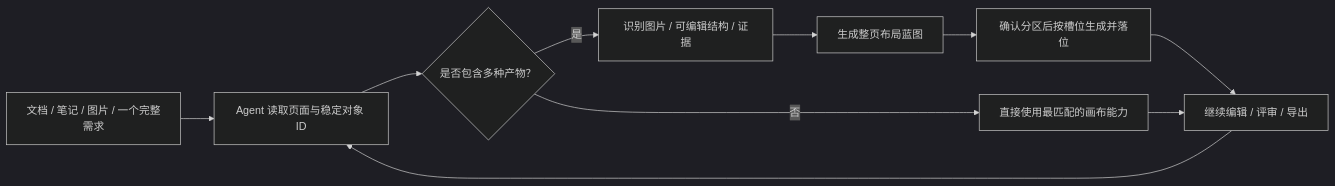
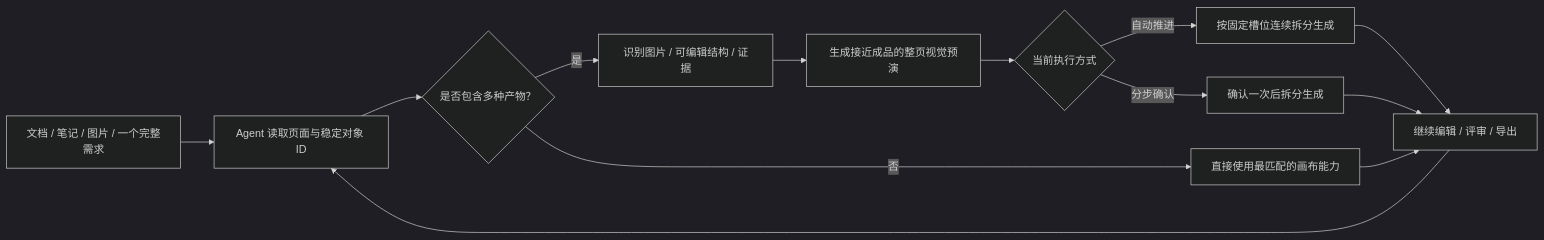
The first of 2 diagrams in README.md (suud003/Cowart), drawn with Mermaid (dark theme) before and after one commit. The commit also changed other lines of this file and 34 other files, not shown here.

````diff
--- a/README.md
+++ b/README.md
@@ -42,12 +42,15 @@
 ```mermaid
 flowchart LR
   A["文档 / 笔记 / 图片 / 一个完整需求"] --> B["Agent 读取页面与稳定对象 ID"]
   B --> C{"是否包含多种产物？"}
   C -->|是| D["识别图片 / 可编辑结构 / 证据"]
-  D --> F["生成整页布局蓝图"]
-  F --> I["确认分区后按槽位生成并落位"]
+  D --> F["生成接近成品的整页视觉预演"]
+  F --> I{"当前执行方式"}
+  I -->|自动推进| J["按固定槽位连续拆分生成"]
+  I -->|分步确认| K["确认一次后拆分生成"]
   C -->|否| G["直接使用最匹配的画布能力"]
-  I --> H["继续编辑 / 评审 / 导出"]
+  J --> H["继续编辑 / 评审 / 导出"]
+  K --> H
   G --> H
   H --> B
 ```
````
